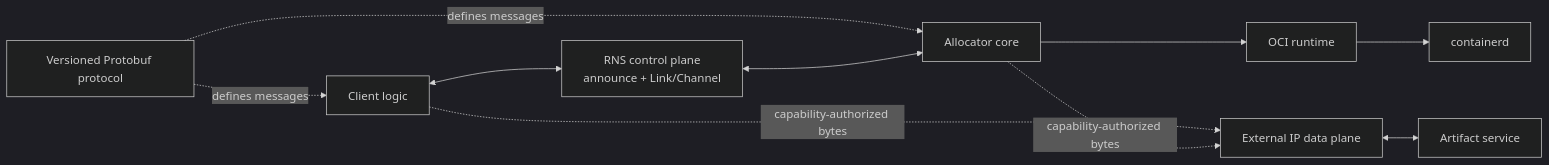
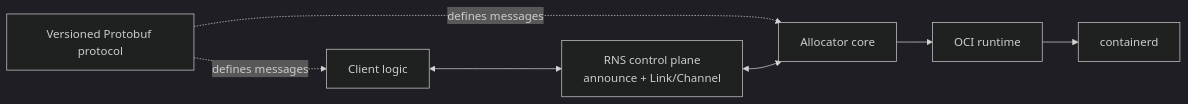
One commit to mytecor/r1s changed the first of 2 diagrams in ARCHITECTURE.md. Above: the diagram before and after it, drawn with Mermaid (dark theme). The commit also changed other lines of this file and 15 other files, not shown here.

First line of the commit message:
docs: drop F14/F15/F17 from the roadmap, defer data-plane decision

````diff
--- a/ARCHITECTURE.md
+++ b/ARCHITECTURE.md
@@ -29,21 +26,16 @@
 ```mermaid
 flowchart LR
     Protocol[Versioned Protobuf protocol]
     Client[Client logic]
     Fabric[RNS control plane<br/>announce + Link/Channel]
     Allocator[Allocator core]
     Runtime[OCI runtime]
     Containerd[containerd]
-    DataPlane[External IP data plane]
-    ArtifactService[Artifact service]
 
     Protocol -. defines messages .-> Client
     Protocol -. defines messages .-> Allocator
     Client <--> Fabric
     Fabric <--> Allocator
     Allocator --> Runtime
     Runtime --> Containerd
-    Client -. capability-authorized bytes .-> DataPlane
-    Allocator -. capability-authorized bytes .-> DataPlane
-    DataPlane <--> ArtifactService
 ```
````
